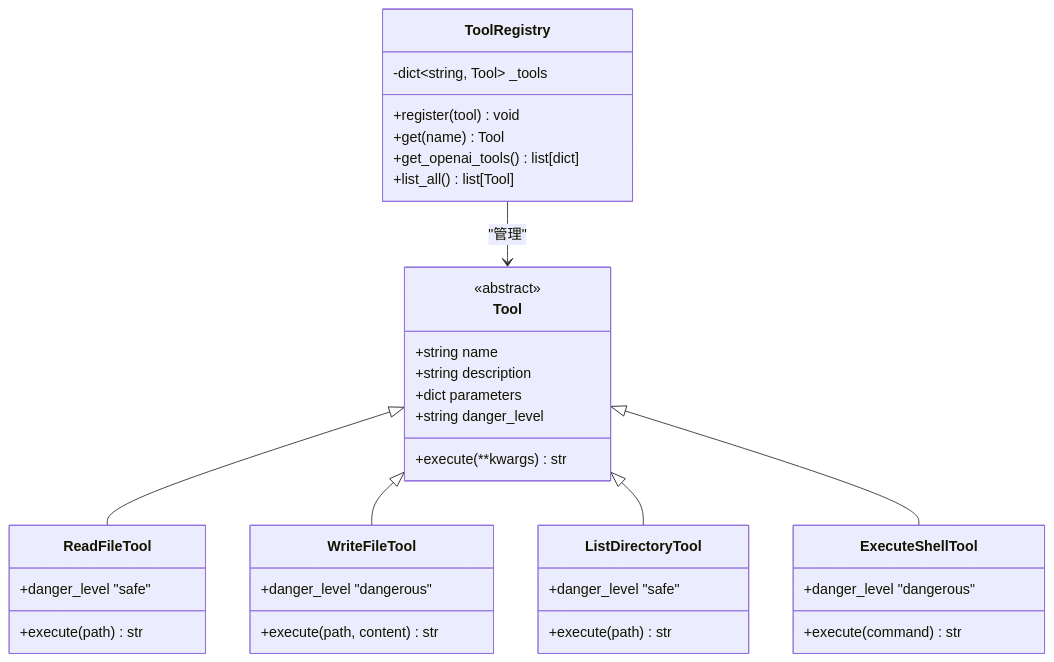
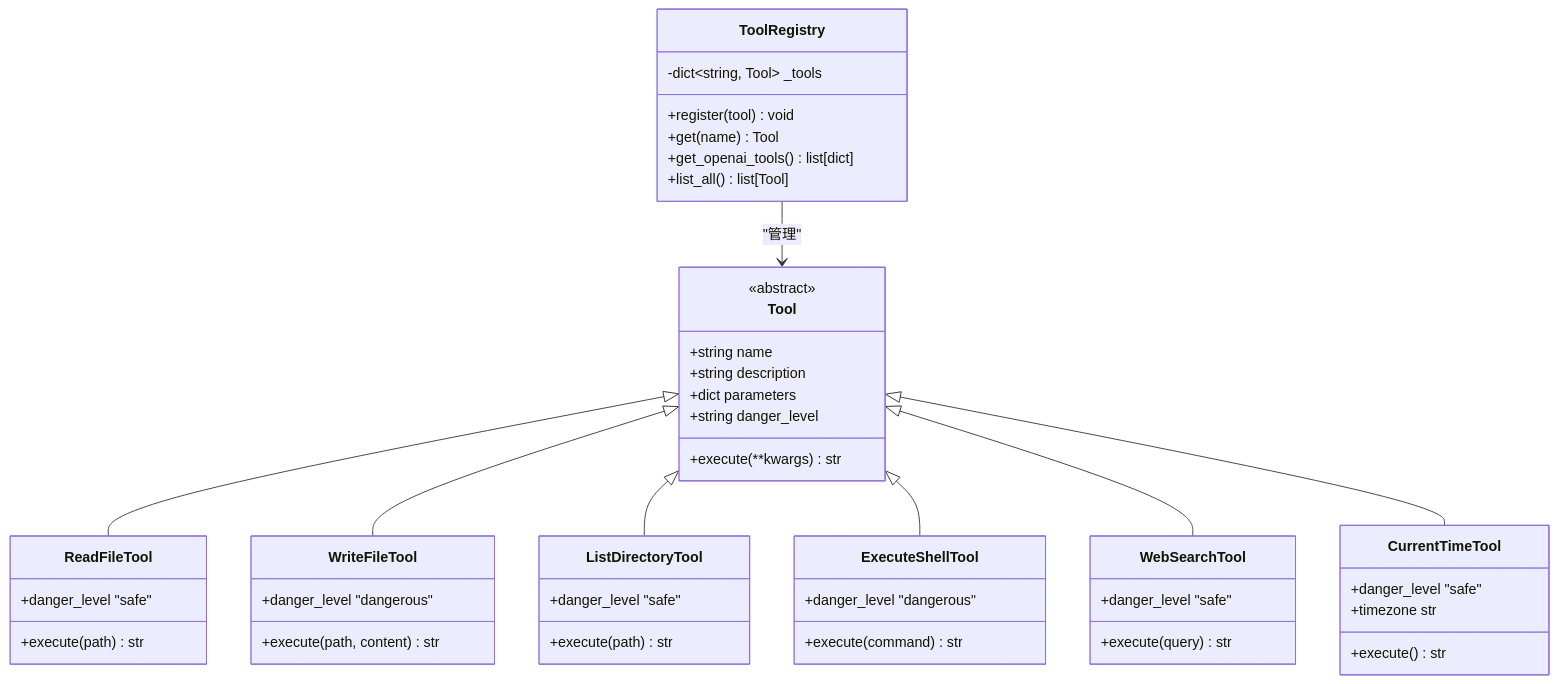
One commit to 250shiwo/MySmallAgent changed the fourth of 9 diagrams in .qoder/repowiki/zh/content/项目概述.md. Above: the diagram before and after it, drawn with Mermaid. The commit also changed other lines of this file and 41 other files, not shown here.

````diff
--- a/.qoder/repowiki/zh/content/项目概述.md
+++ b/.qoder/repowiki/zh/content/项目概述.md
@@ -178,39 +203,50 @@
 ```mermaid
 classDiagram
 class Tool {
 <<abstract>>
 +string name
 +string description
 +dict parameters
 +string danger_level
 +execute(**kwargs) str
 }
 class ToolRegistry {
 -dict~string, Tool~ _tools
 +register(tool) void
 +get(name) Tool
 +get_openai_tools() list[dict]
 +list_all() list[Tool]
 }
 class ReadFileTool {
 +execute(path) str
 +danger_level "safe"
 }
 class WriteFileTool {
 +execute(path, content) str
 +danger_level "dangerous"
 }
 class ListDirectoryTool {
 +execute(path) str
 +danger_level "safe"
 }
 class ExecuteShellTool {
 +execute(command) str
 +danger_level "dangerous"
 }
+class WebSearchTool {
++execute(query) str
++danger_level "safe"
+}
+class CurrentTimeTool {
++execute() str
++danger_level "safe"
++timezone str
+}
 Tool <|-- ReadFileTool
 Tool <|-- WriteFileTool
 Tool <|-- ListDirectoryTool
 Tool <|-- ExecuteShellTool
+Tool <|-- WebSearchTool
+Tool <|-- CurrentTimeTool
 ToolRegistry --> Tool : "管理"
 ```
````
